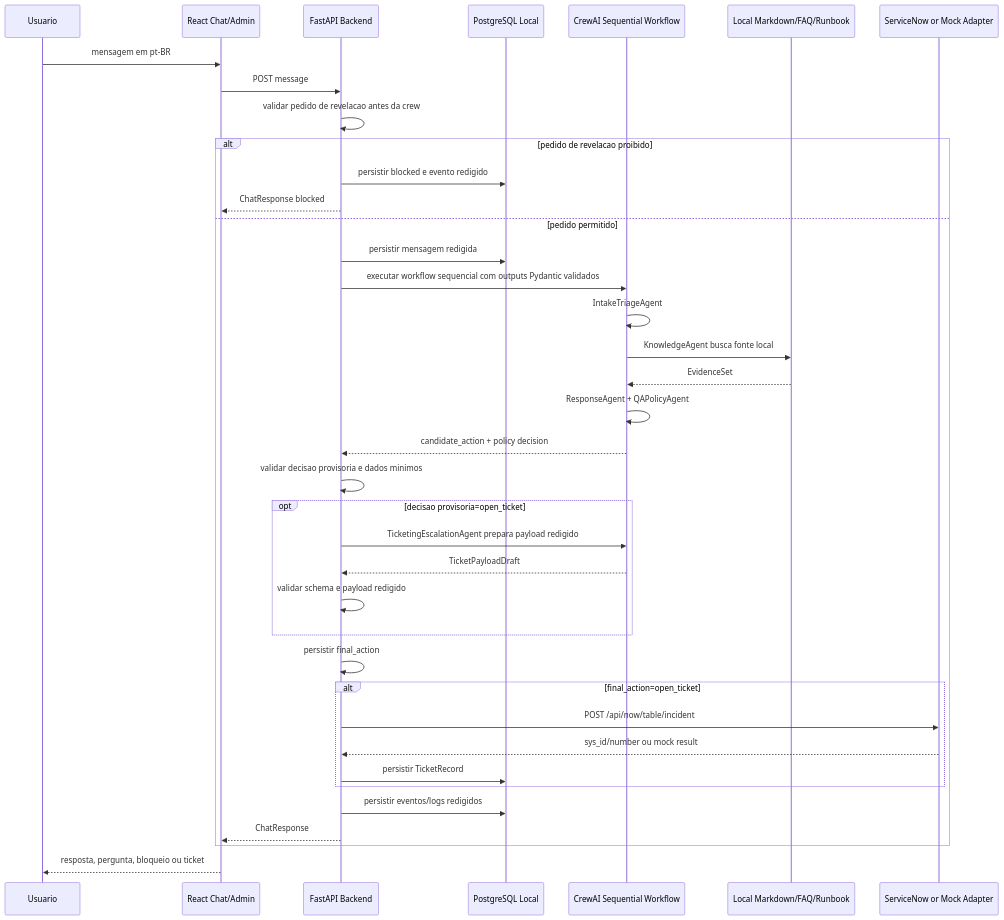
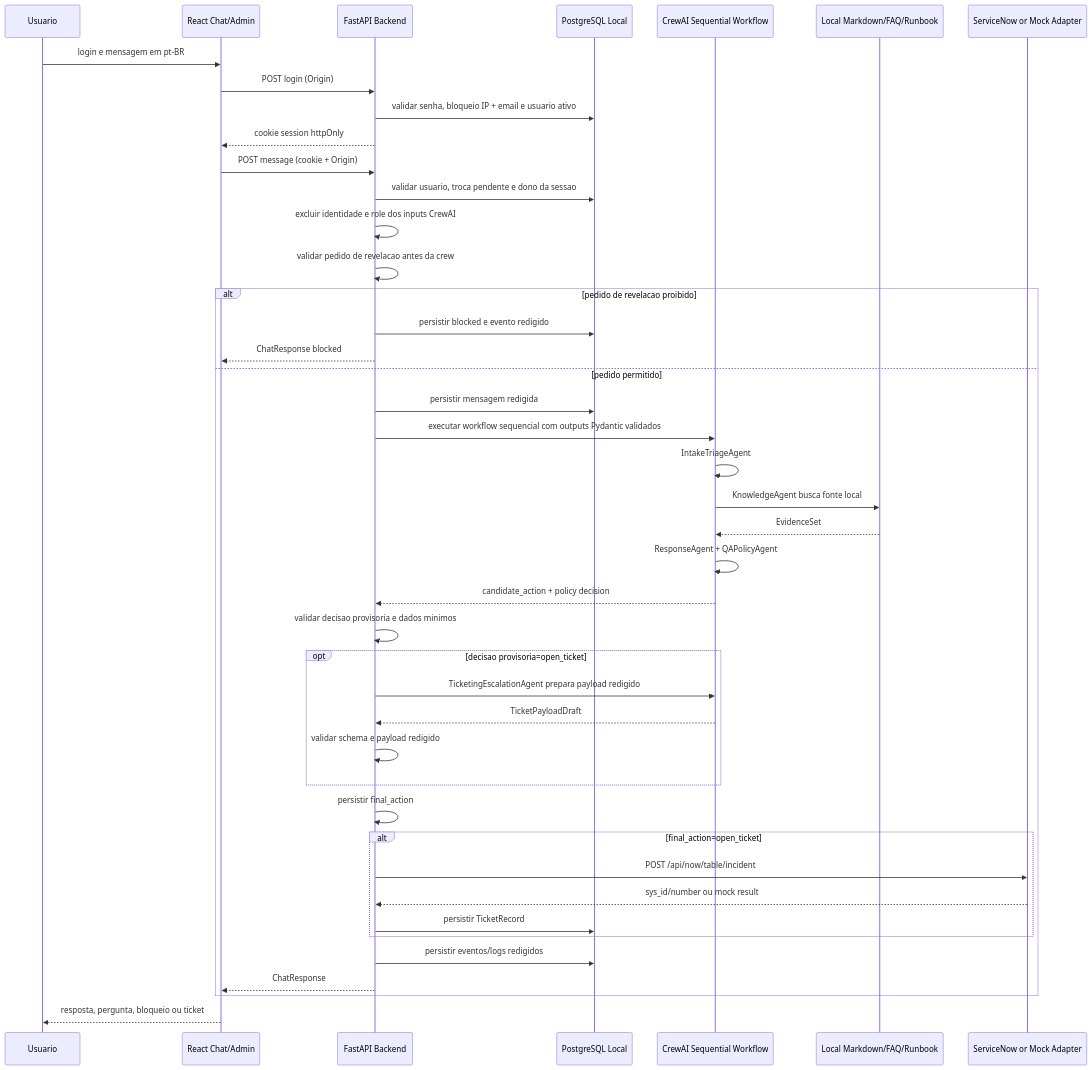
Before and after one commit to bhendon-soares/agentic-architect-casptone: the diagram in project-context/1.define/sad.md, drawn with Mermaid. The commit also changed other lines of this file and 2 other files, not shown here.

````diff
--- a/project-context/1.define/sad.md
+++ b/project-context/1.define/sad.md
@@ -408,41 +435,46 @@
 ```mermaid
 sequenceDiagram
     participant U as Usuario
     participant FE as React Chat/Admin
     participant API as FastAPI Backend
     participant DB as PostgreSQL Local
     participant Crew as CrewAI Sequential Workflow
     participant KB as Local Markdown/FAQ/Runbook
     participant SN as ServiceNow or Mock Adapter
 
-    U->>FE: mensagem em pt-BR
-    FE->>API: POST message
+    U->>FE: login e mensagem em pt-BR
+    FE->>API: POST login (Origin)
+    API->>DB: validar senha, bloqueio IP + email e usuario ativo
+    API-->>FE: cookie session httpOnly
+    FE->>API: POST message (cookie + Origin)
+    API->>DB: validar usuario, troca pendente e dono da sessao
+    API->>API: excluir identidade e role dos inputs CrewAI
     API->>API: validar pedido de revelacao antes da crew
     alt pedido de revelacao proibido
       API->>DB: persistir blocked e evento redigido
       API-->>FE: ChatResponse blocked
     else pedido permitido
     API->>DB: persistir mensagem redigida
     API->>Crew: executar workflow sequencial com outputs Pydantic validados
     Crew->>Crew: IntakeTriageAgent
     Crew->>KB: KnowledgeAgent busca fonte local
     KB-->>Crew: EvidenceSet
     Crew->>Crew: ResponseAgent + QAPolicyAgent
     Crew-->>API: candidate_action + policy decision
     API->>API: validar decisao provisoria e dados minimos
     opt decisao provisoria=open_ticket
       API->>Crew: TicketingEscalationAgent prepara payload redigido
       Crew-->>API: TicketPayloadDraft
       API->>API: validar schema e payload redigido
     end
     API->>API: persistir final_action
     alt final_action=open_ticket
         API->>SN: POST /api/now/table/incident
         SN-->>API: sys_id/number ou mock result
         API->>DB: persistir TicketRecord
     end
     API->>DB: persistir eventos/logs redigidos
     API-->>FE: ChatResponse
     end
     FE-->>U: resposta, pergunta, bloqueio ou ticket
 ```
````
